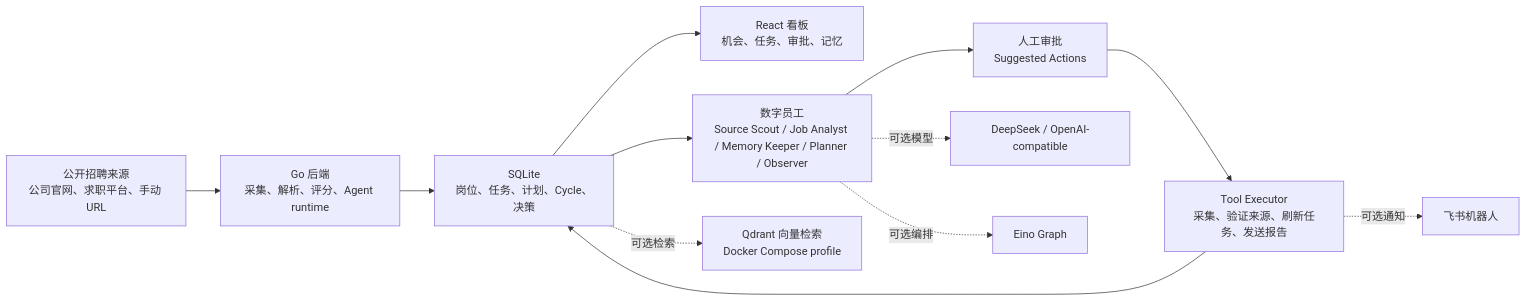
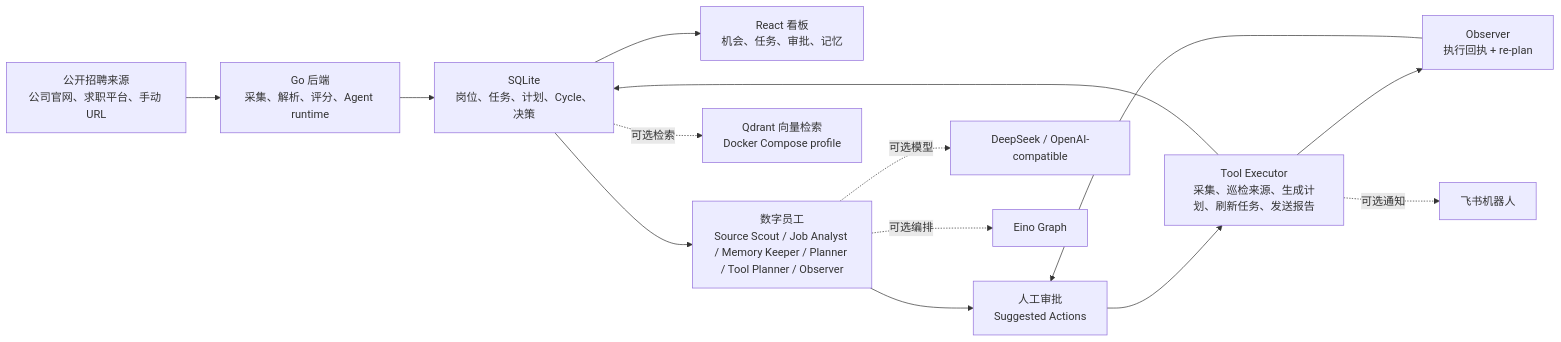
One commit to wenroudeyanhuo/Job-hunter-agent changed the diagram in README.zh-CN.md. Above: the diagram before and after it, drawn with Mermaid. The commit also changed other lines of this file and 20 other files, not shown here.

````diff
--- a/README.zh-CN.md
+++ b/README.zh-CN.md
@@ -28,14 +29,16 @@
 ```mermaid
 flowchart LR
   Sources["公开招聘来源<br/>公司官网、求职平台、手动 URL"] --> Backend["Go 后端<br/>采集、解析、评分、Agent runtime"]
   Backend --> SQLite["SQLite<br/>岗位、任务、计划、Cycle、决策"]
   SQLite --> Dashboard["React 看板<br/>机会、任务、审批、记忆"]
-  SQLite --> Agent["数字员工<br/>Source Scout / Job Analyst / Memory Keeper / Planner / Observer"]
+  SQLite --> Agent["数字员工<br/>Source Scout / Job Analyst / Memory Keeper / Planner / Tool Planner / Observer"]
   Agent --> Approval["人工审批<br/>Suggested Actions"]
-  Approval --> Tools["Tool Executor<br/>采集、验证来源、刷新任务、发送报告"]
+  Approval --> Tools["Tool Executor<br/>采集、巡检来源、生成计划、刷新任务、发送报告"]
   Tools --> SQLite
+  Tools --> Observer["Observer<br/>执行回执 + re-plan"]
+  Observer --> Approval
   Agent -. 可选模型 .-> Model["DeepSeek / OpenAI-compatible"]
   Agent -. 可选编排 .-> Eino["Eino Graph"]
   SQLite -. 可选检索 .-> Qdrant["Qdrant 向量检索<br/>Docker Compose profile"]
   Tools -. 可选通知 .-> Feishu["飞书机器人"]
 ```
````
